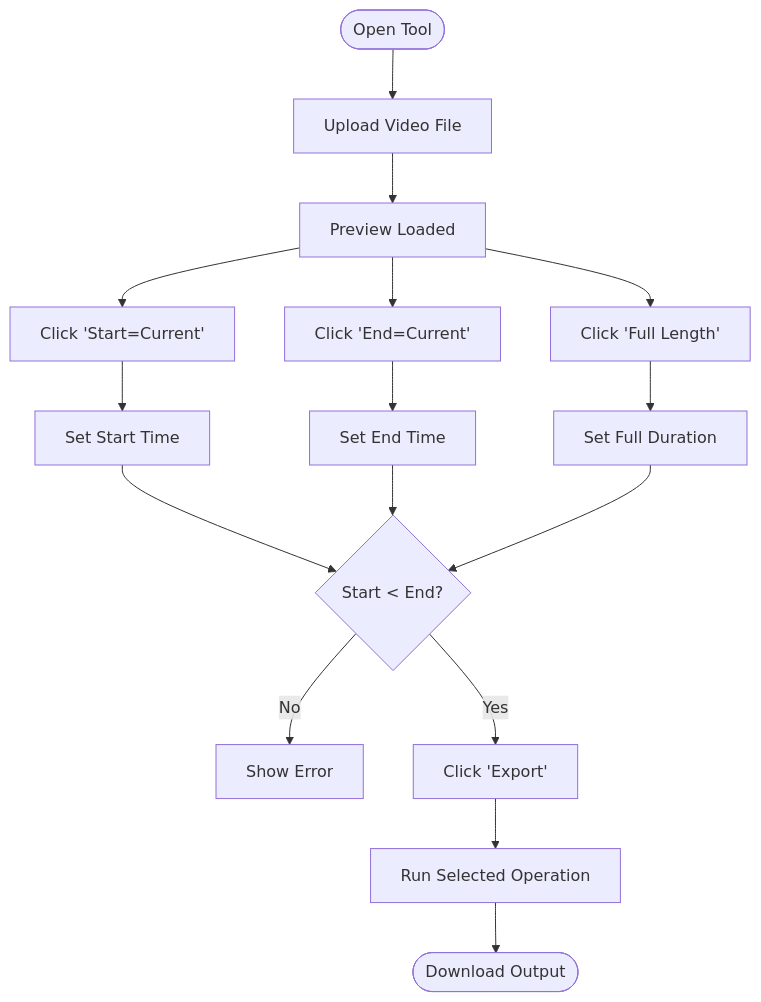
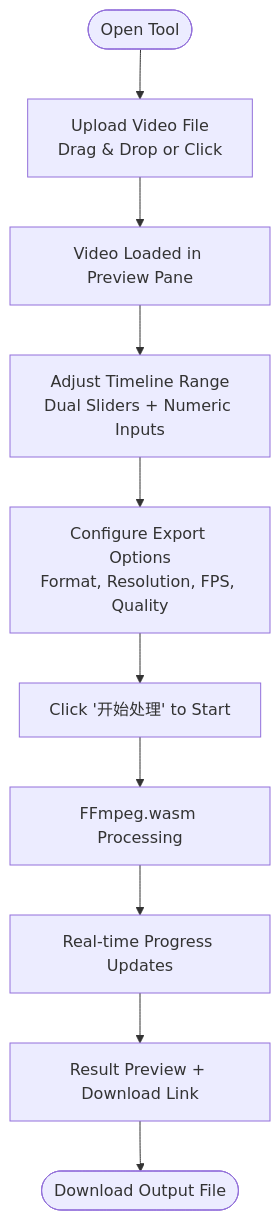
The third of 7 diagrams in .qoder/repowiki/en/content/Video Processing Tools/Video Cutting and Trimming.md (treasureGrove/TAWEBTOOL), drawn with Mermaid before and after one commit. The commit also changed other lines of this file and 101 other files, not shown here.

````diff
--- a/.qoder/repowiki/en/content/Video Processing Tools/Video Cutting and Trimming.md
+++ b/.qoder/repowiki/en/content/Video Processing Tools/Video Cutting and Trimming.md
@@ -110,18 +124,12 @@
 ```mermaid
 flowchart TD
-Start(["Open Tool"]) --> Upload["Upload Video File"]
-Upload --> Preview["Preview Loaded"]
-Preview --> MarkStart["Click 'Start=Current'"]
-Preview --> MarkEnd["Click 'End=Current'"]
-Preview --> FullLen["Click 'Full Length'"]
-MarkStart --> SetStart["Set Start Time"]
-MarkEnd --> SetEnd["Set End Time"]
-FullLen --> SetFull["Set Full Duration"]
-SetStart --> Validate{"Start < End?"}
-SetEnd --> Validate
-SetFull --> Validate
-Validate --> |No| Error["Show Error"]
-Validate --> |Yes| Export["Click 'Export'"]
-Export --> Process["Run Selected Operation"]
-Process --> Done(["Download Output"])
+Start(["Open Tool"]) --> Upload["Upload Video File<br/>Drag & Drop or Click"]
+Upload --> Preview["Video Loaded in Preview Pane"]
+Preview --> Timeline["Adjust Timeline Range<br/>Dual Sliders + Numeric Inputs"]
+Timeline --> Settings["Configure Export Options<br/>Format, Resolution, FPS, Quality"]
+Settings --> Process["Click '开始处理' to Start"]
+Process --> FFmpeg["FFmpeg.wasm Processing"]
+FFmpeg --> Progress["Real-time Progress Updates"]
+Progress --> Result["Result Preview + Download Link"]
+Result --> Done(["Download Output File"])
 ```
````
